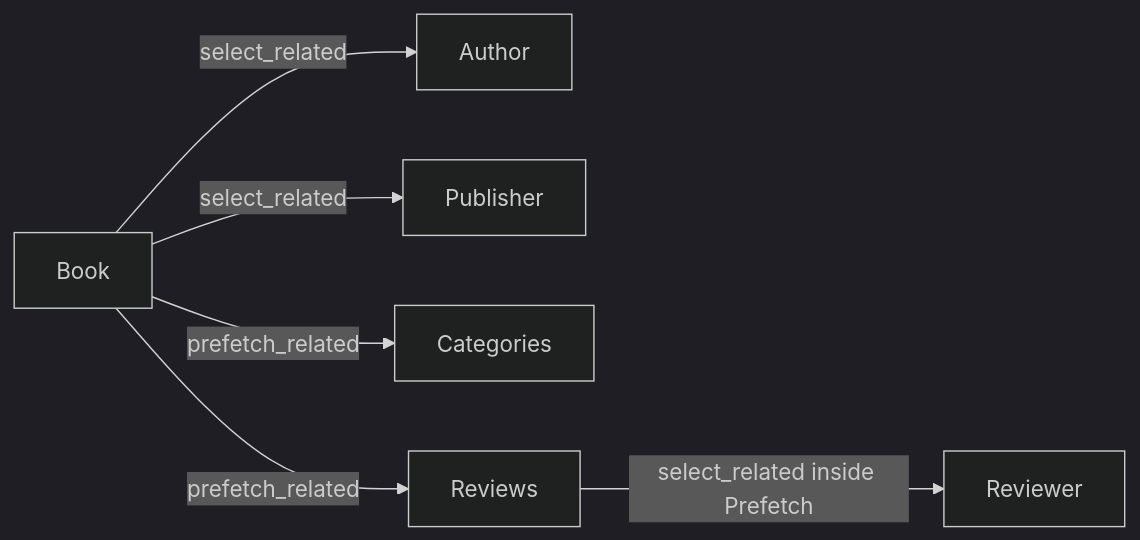
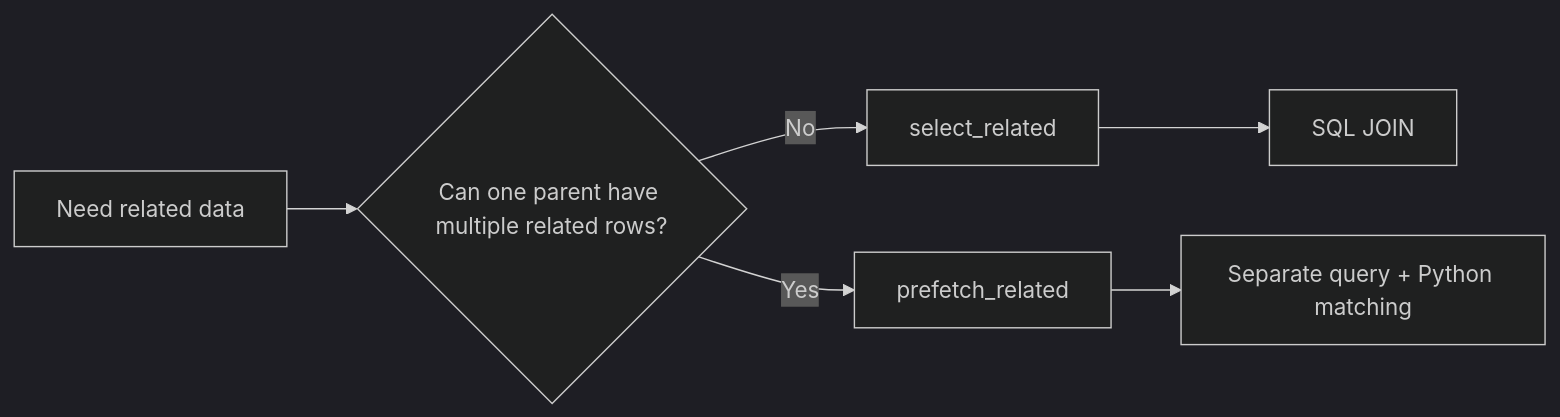
The first of 2 diagrams in src/content/django/n-plus-1-select-related-prefetch-related.md (AvadhBhalodiya/Interview-Preparation), drawn with Mermaid (dark theme) before and after one commit. The commit also changed other lines of this file and 80 other files, not shown here.

````diff
--- a/src/content/django/n-plus-1-select-related-prefetch-related.md
+++ b/src/content/django/n-plus-1-select-related-prefetch-related.md
@@ -21,15 +16,8 @@
 ```mermaid
 flowchart LR
-    B[Book]
-    A[Author]
-    P[Publisher]
-    C[Categories]
-    R[Reviews]
-    U[Reviewer]
-
-    B -->|select_related| A
-    B -->|select_related| P
-    B -->|prefetch_related| C
-    B -->|prefetch_related| R
-    R -->|select_related inside Prefetch| U
+    A[Need related data] --> B{Can one parent have multiple related rows?}
+    B -->|No| C[select_related]
+    B -->|Yes| D[prefetch_related]
+    C --> E[SQL JOIN]
+    D --> F[Separate query + Python matching]
 ```
````
